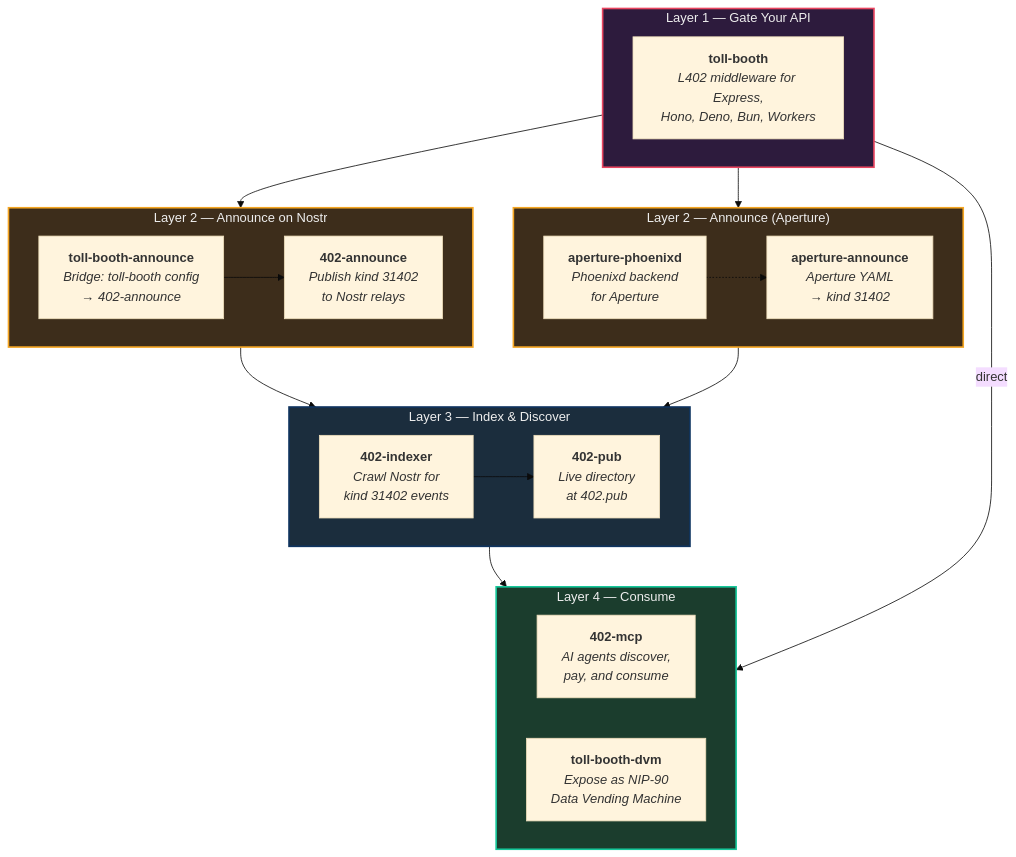
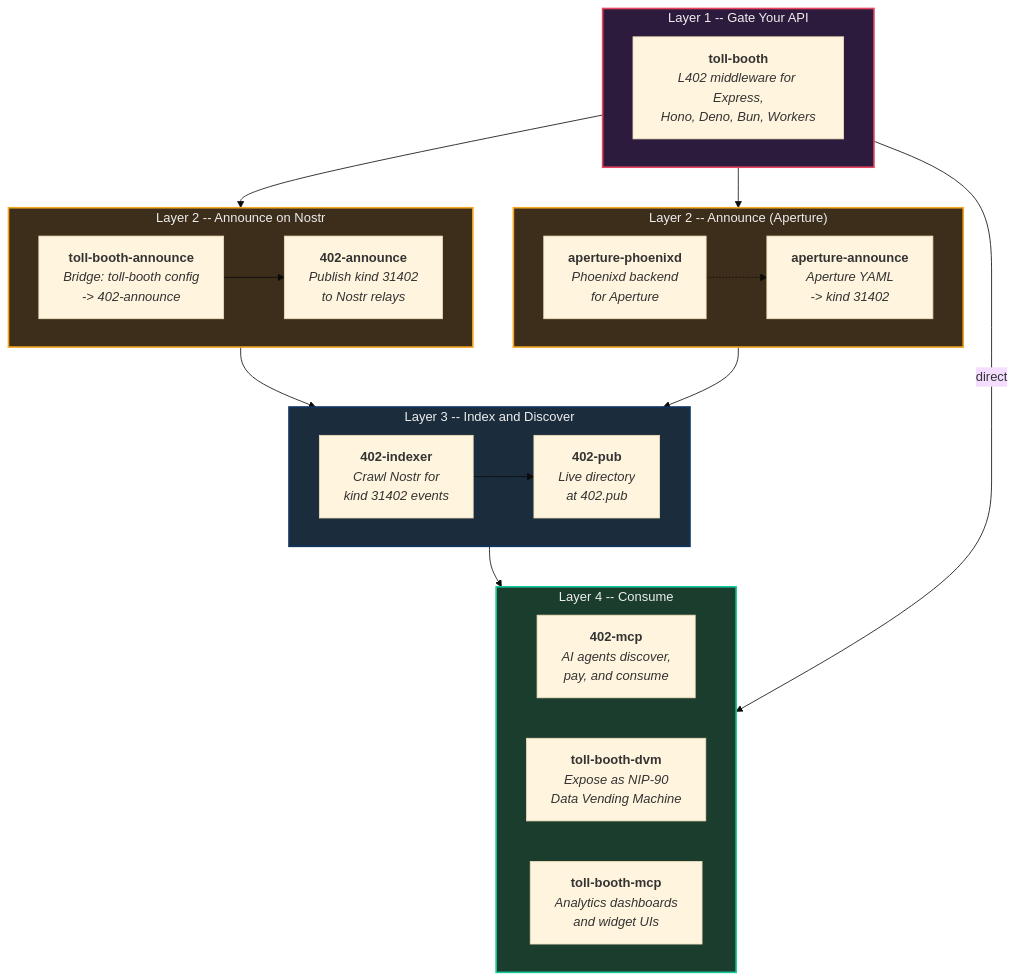
One commit to forgesworn/.github changed the diagram in docs/l402-pipeline.md. Above: the diagram before and after it, drawn with Mermaid (base theme). The commit also changed other lines of this file, not shown here.

Commit message:
docs: add toll-booth-mcp and payment-methods to L402 pipeline

````diff
--- a/docs/l402-pipeline.md
+++ b/docs/l402-pipeline.md
@@ -7,57 +7,59 @@
 ```mermaid
 graph TB
-    subgraph layer1["Layer 1 — Gate Your API"]
+    subgraph layer1["Layer 1 -- Gate Your API"]
         direction LR
         TB["<b>toll-booth</b><br/><i>L402 middleware for Express,<br/>Hono, Deno, Bun, Workers</i>"]
     end
 
-    subgraph layer2["Layer 2 — Announce on Nostr"]
+    subgraph layer2["Layer 2 -- Announce on Nostr"]
         direction LR
-        TBA["<b>toll-booth-announce</b><br/><i>Bridge: toll-booth config<br/>→ 402-announce</i>"]
+        TBA["<b>toll-booth-announce</b><br/><i>Bridge: toll-booth config<br/>-> 402-announce</i>"]
         ANN["<b>402-announce</b><br/><i>Publish kind 31402<br/>to Nostr relays</i>"]
         TBA --> ANN
     end
 
-    subgraph layer2alt["Layer 2 — Announce (Aperture)"]
+    subgraph layer2alt["Layer 2 -- Announce (Aperture)"]
         direction LR
         APXPH["<b>aperture-phoenixd</b><br/><i>Phoenixd backend<br/>for Aperture</i>"]
-        APX["<b>aperture-announce</b><br/><i>Aperture YAML<br/>→ kind 31402</i>"]
+        APX["<b>aperture-announce</b><br/><i>Aperture YAML<br/>-> kind 31402</i>"]
         APXPH -.-> APX
     end
 
-    subgraph layer3["Layer 3 — Index & Discover"]
+    subgraph layer3["Layer 3 -- Index and Discover"]
         direction LR
         IDX["<b>402-indexer</b><br/><i>Crawl Nostr for<br/>kind 31402 events</i>"]
         PUB["<b>402-pub</b><br/><i>Live directory<br/>at 402.pub</i>"]
         IDX --> PUB
     end
 
-    subgraph layer4["Layer 4 — Consume"]
+    subgraph layer4["Layer 4 -- Consume"]
         direction LR
         MCP["<b>402-mcp</b><br/><i>AI agents discover,<br/>pay, and consume</i>"]
         DVM["<b>toll-booth-dvm</b><br/><i>Expose as NIP-90<br/>Data Vending Machine</i>"]
+        TBMCP["<b>toll-booth-mcp</b><br/><i>Analytics dashboards<br/>and widget UIs</i>"]
     end
 
     layer1 --> layer2
     layer1 --> layer2alt
     layer2 --> layer3
     layer2alt --> layer3
     layer3 --> layer4
     layer1 -->|"direct"| layer4
 
     click TB "https://github.com/forgesworn/toll-booth" _blank
     click TBA "https://github.com/forgesworn/toll-booth-announce" _blank
     click ANN "https://github.com/forgesworn/402-announce" _blank
     click APXPH "https://github.com/forgesworn/aperture-phoenixd" _blank
     click APX "https://github.com/forgesworn/aperture-announce" _blank
     click IDX "https://github.com/forgesworn/402-indexer" _blank
     click PUB "https://github.com/forgesworn/402-pub" _blank
     click MCP "https://github.com/forgesworn/402-mcp" _blank
     click DVM "https://github.com/forgesworn/toll-booth-dvm" _blank
+    click TBMCP "https://github.com/forgesworn/toll-booth-mcp" _blank
 
     style layer1 fill:#2d1b3d,stroke:#e94560,color:#eee,stroke-width:2px
     style layer2 fill:#3d2d1b,stroke:#f5a623,color:#eee,stroke-width:2px
     style layer2alt fill:#3d2d1b,stroke:#f5a623,color:#eee,stroke-width:2px
     style layer3 fill:#1b2d3d,stroke:#0f3460,color:#eee,stroke-width:2px
     style layer4 fill:#1b3d2d,stroke:#16c79a,color:#eee,stroke-width:2px
 ```
````
